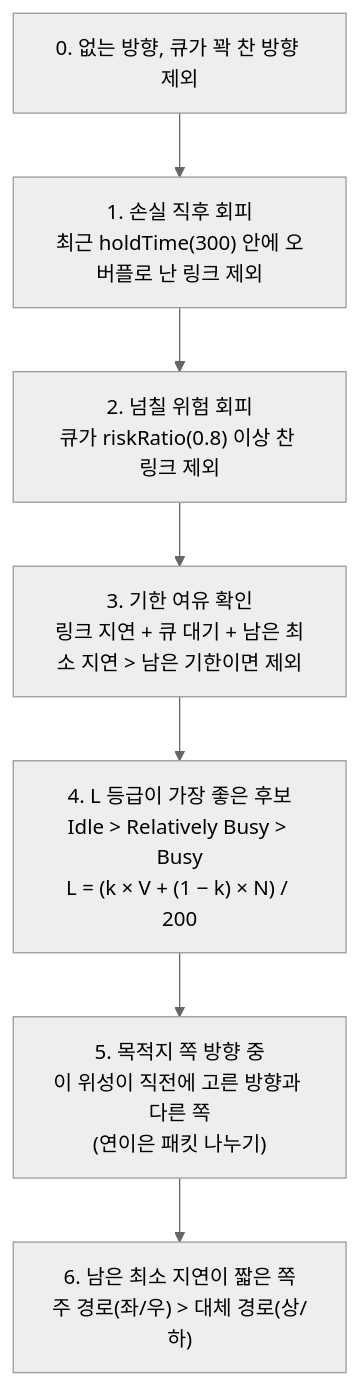
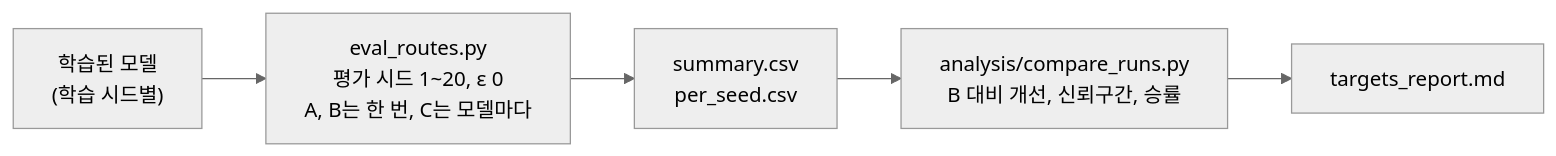
One commit to 26-2-capstone2/26-2capstone2 changed the fifth of 5 diagrams in flow.md. Above: the diagram before and after it, drawn with Mermaid (neutral theme). The commit also changed other lines of this file and 80 other files, not shown here.

````diff
--- a/flow.md
+++ b/flow.md
@@ -169,9 +139,7 @@
 ```mermaid
-flowchart TD
-    A["0. 없는 방향, 큐가 꽉 찬 방향 제외"] --> B["1. 손실 직후 회피<br/>최근 holdTime(300) 안에 오버플로 난 링크 제외"]
-    B --> C["2. 넘칠 위험 회피<br/>큐가 riskRatio(0.8) 이상 찬 링크 제외"]
-    C --> D["3. 기한 여유 확인<br/>링크 지연 + 큐 대기 + 남은 최소 지연 > 남은 기한이면 제외"]
-    D --> E["4. L 등급이 가장 좋은 후보<br/>Idle > Relatively Busy > Busy<br/>L = (k × V + (1 − k) × N) / 200"]
-    E --> F["5. 목적지 쪽 방향 중<br/>이 위성이 직전에 고른 방향과 다른 쪽<br/>(연이은 패킷 나누기)"]
-    F --> G["6. 남은 최소 지연이 짧은 쪽<br/>주 경로(좌/우) > 대체 경로(상/하)"]
+flowchart LR
+    M["학습된 모델<br/>(학습 시드별)"] --> E["eval_routes.py<br/>평가 시드 1~20, ε 0<br/>A, B는 한 번, C는 모델마다"]
+    E --> S["summary.csv<br/>per_seed.csv"]
+    S --> C["analysis/compare_runs.py<br/>B 대비 개선, 신뢰구간, 승률"]
+    C --> R["targets_report.md"]
 ```
````
